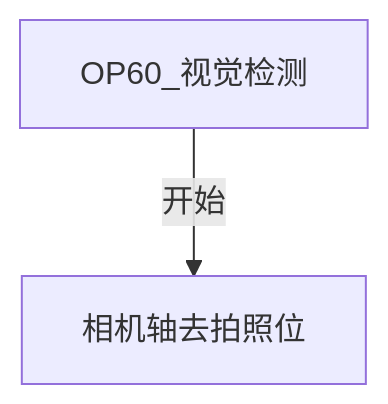
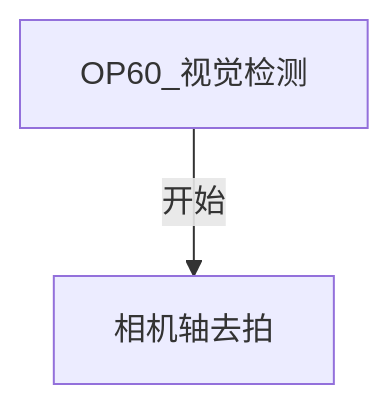
The diagram in all/未命名.md (zmq000/iodraw-files), drawn with Mermaid before and after one commit.

Commit message:
2026-06-17 14:11:37 update

````diff
--- a/all/未命名.md
+++ b/all/未命名.md
@@ -1,5 +1,5 @@
 ```mermaid
 graph TD
    0[OP60_视觉检测]-->|开始|10
-   10[相机轴去拍照位]
+   10[相机轴去拍]
 ```
````
